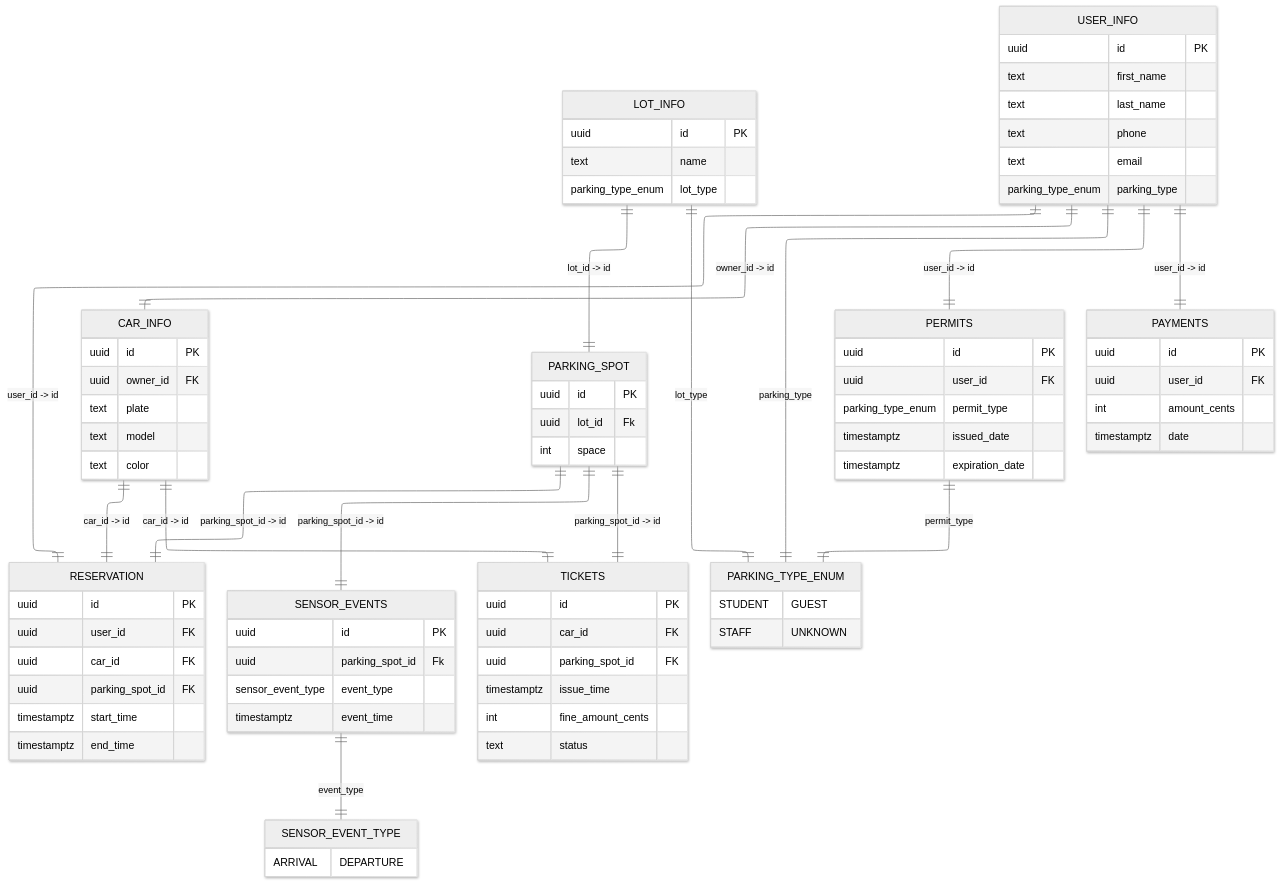
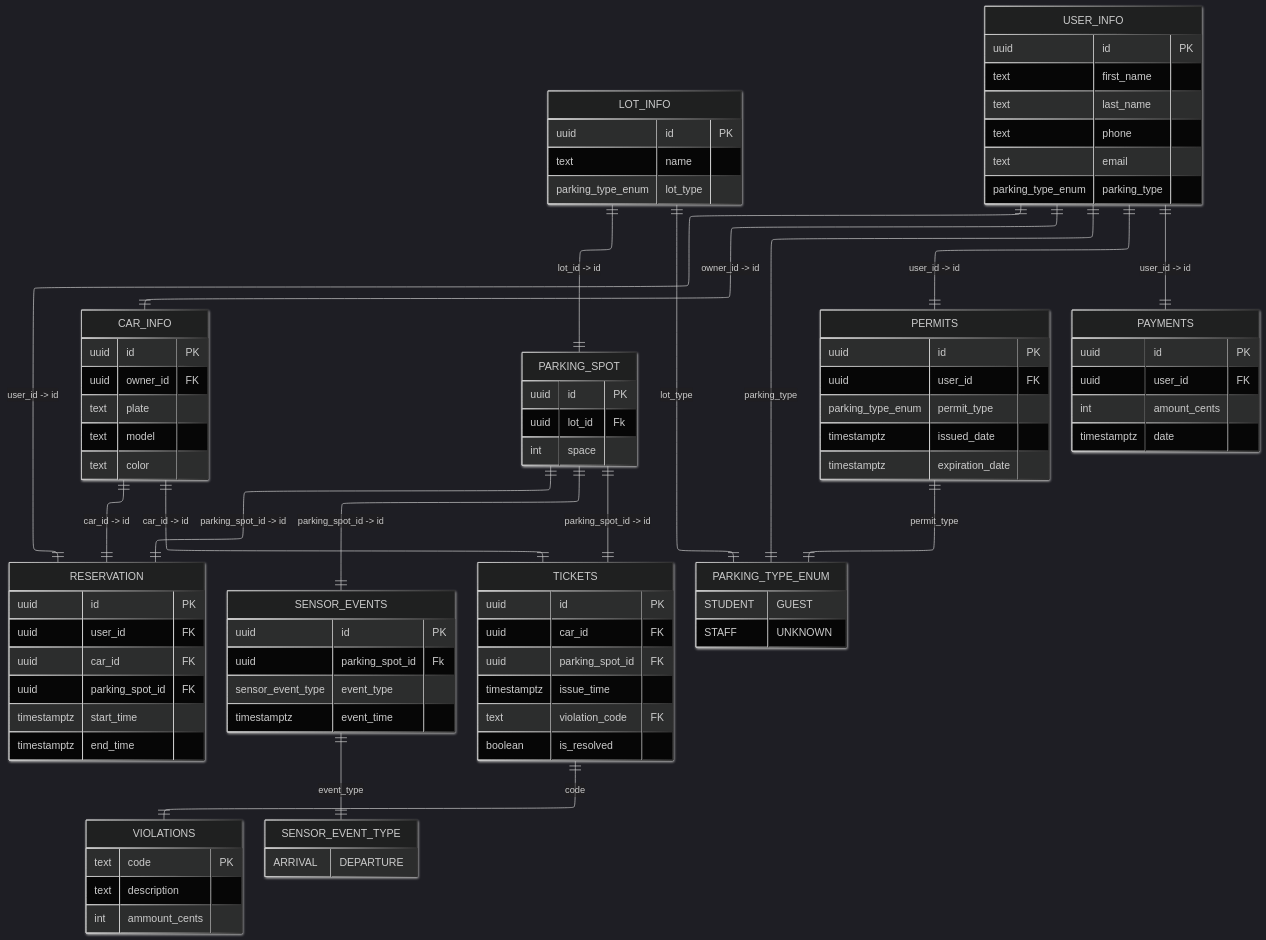
One commit to jacomemateo/CMSC-461-Project changed the diagram in docs/img/er_diagram.mmd. Above: the diagram before and after it, drawn with Mermaid. The commit also changed 4 other files, not shown here.

```diff
--- a/docs/img/er_diagram.mmd
+++ b/docs/img/er_diagram.mmd
@@ -1,100 +1,107 @@
 ---
 config:
-  theme: neutral
+  theme: dark
   look: neo
   layout: elk
 ---
 erDiagram
 	direction BT
 	LOT_INFO {
 		uuid id PK ""  
 		text name  ""  
 		parking_type_enum lot_type  ""  
+	}
+
+	VIOLATIONS {
+		text code PK ""  
+		text description  ""  
+		int ammount_cents  ""  
 	}
 
 	USER_INFO {
 		uuid id PK ""  
 		text first_name  ""  
 		text last_name  ""  
 		text phone  ""  
 		text email  ""  
 		parking_type_enum parking_type  ""  
 	}
 
 	CAR_INFO {
 		uuid id PK ""  
 		uuid owner_id FK ""  
 		text plate  ""  
 		text model  ""  
 		text color  ""  
 	}
 
 	PARKING_SPOT {
 		uuid id PK ""  
 		uuid lot_id Fk ""  
 		int space  ""  
 	}
 
 	RESERVATION {
 		uuid id PK ""  
 		uuid user_id FK ""  
 		uuid car_id FK ""  
 		uuid parking_spot_id FK ""  
 		timestamptz start_time  ""  
 		timestamptz end_time  ""  
 	}
 
 	SENSOR_EVENTS {
 		uuid id PK ""  
 		uuid parking_spot_id Fk ""  
 		sensor_event_type event_type  ""  
 		timestamptz event_time  ""  
 	}
 
 	PERMITS {
 		uuid id PK ""  
 		uuid user_id FK ""  
 		parking_type_enum permit_type  ""  
 		timestamptz issued_date  ""  
 		timestamptz expiration_date  ""  
 	}
 
 	PAYMENTS {
 		uuid id PK ""  
 		uuid user_id FK ""  
 		int amount_cents  ""  
 		timestamptz date  ""  
 	}
 
 	TICKETS {
 		uuid id PK ""  
 		uuid car_id FK ""  
 		uuid parking_spot_id FK ""  
 		timestamptz issue_time  ""  
-		int fine_amount_cents  ""  
-		text status  ""  
+		text violation_code  FK ""  
+		boolean is_resolved  ""  
 	}
 
 	SENSOR_EVENT_TYPE {
 		ARRIVAL DEPARTURE  ""  
 	}
 
 	PARKING_TYPE_ENUM {
 		STUDENT GUEST  ""  
 		STAFF UNKNOWN  ""  
 	}
 
 	CAR_INFO||--||USER_INFO:"owner_id -> id"
 	RESERVATION||--||USER_INFO:"user_id -> id"
 	RESERVATION||--||CAR_INFO:"car_id -> id"
 	RESERVATION||--||PARKING_SPOT:"parking_spot_id -> id"
 	PARKING_SPOT||--||LOT_INFO:"lot_id -> id"
 	SENSOR_EVENTS||--||PARKING_SPOT:"parking_spot_id -> id"
 	PERMITS||--||USER_INFO:"user_id -> id"
 	PAYMENTS||--||USER_INFO:"user_id -> id"
 	TICKETS||--||CAR_INFO:"car_id -> id"
 	TICKETS||--||PARKING_SPOT:"parking_spot_id -> id"
 	SENSOR_EVENT_TYPE||--||SENSOR_EVENTS:"event_type"
 	PARKING_TYPE_ENUM||--||LOT_INFO:"lot_type"
 	PARKING_TYPE_ENUM||--||USER_INFO:"parking_type"
 	PARKING_TYPE_ENUM||--||PERMITS:"permit_type"
+	VIOLATIONS||--||TICKETS:"code"
```
